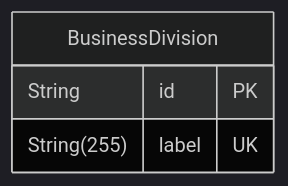
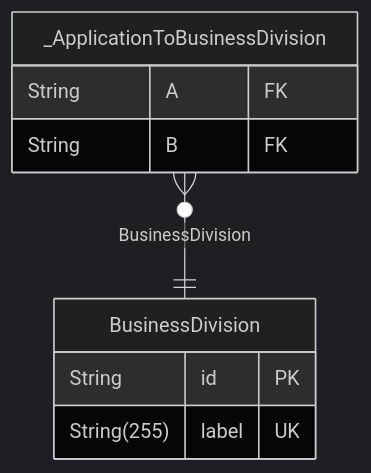
Before and after one commit to dnum-mi/referentiel-applications: the second of 14 diagrams in backend/prisma/docs/schema.md, drawn with Mermaid (dark theme). The commit also changed other lines of this file and 27 other files, not shown here.

````diff
--- a/backend/prisma/docs/schema.md
+++ b/backend/prisma/docs/schema.md
@@ -298,7 +310,12 @@
 ```mermaid
 erDiagram
 "BusinessDivision" {
   String id PK
   String(255) label UK
 }
+"_ApplicationToBusinessDivision" {
+  String A FK
+  String B FK
+}
+"_ApplicationToBusinessDivision" }o--|| "BusinessDivision" : BusinessDivision
 ```
````
